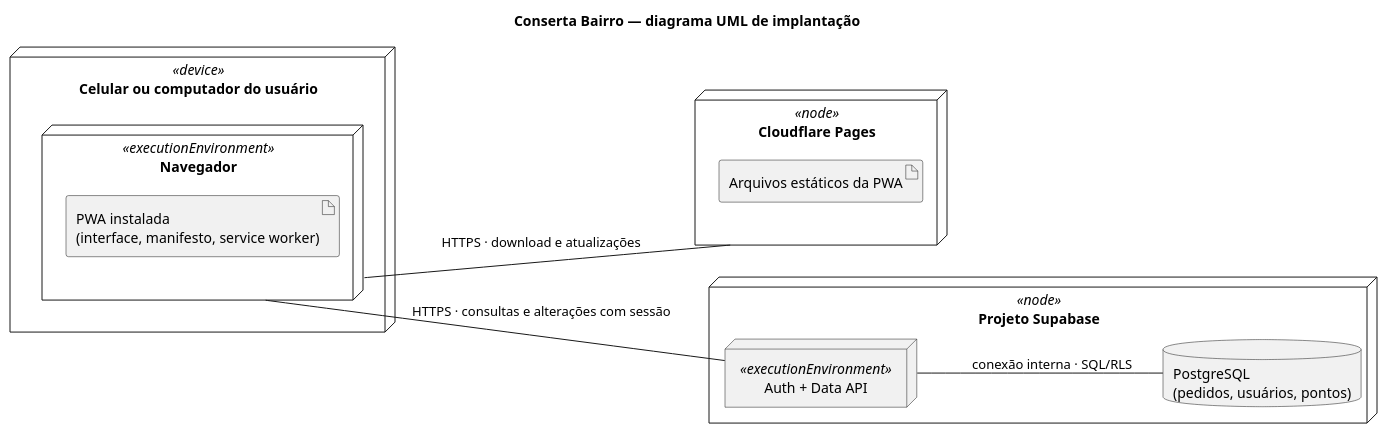
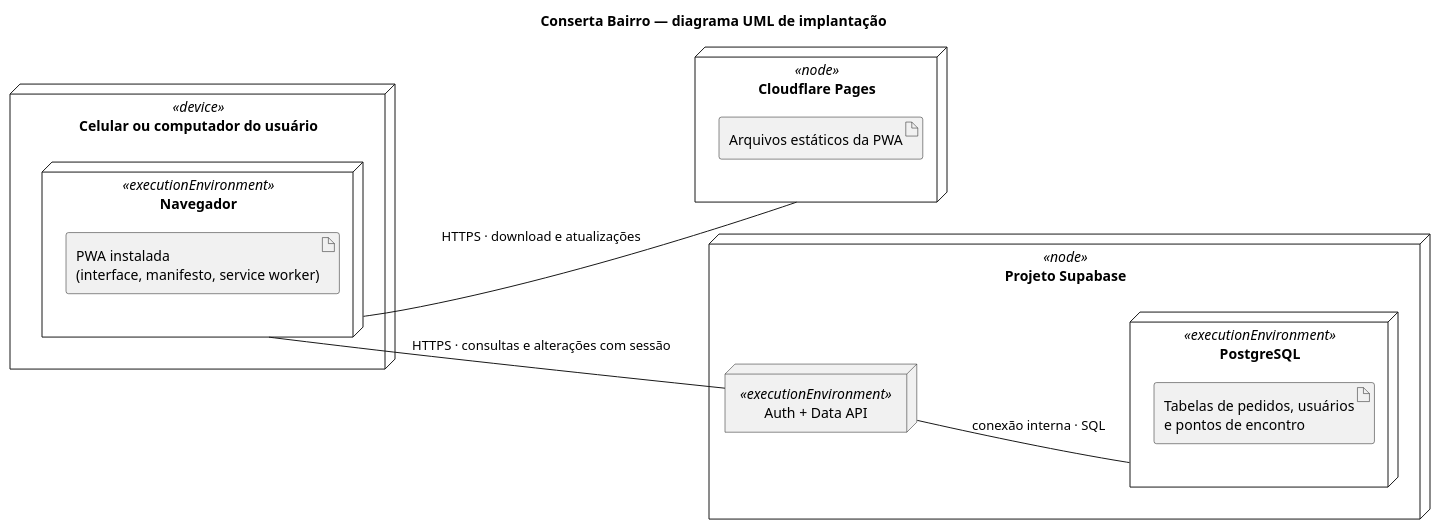
The diagram in docs/diagrama-implantacao.puml (akaharo/praticas-extensionistas-iv), drawn with PlantUML before and after one commit. The commit also changed 9 other files, not shown here.

Commit message:
Revisa diagramas e texto da entrega

```diff
--- a/docs/diagrama-implantacao.puml
+++ b/docs/diagrama-implantacao.puml
@@ -1,24 +1,26 @@
 @startuml
 title Conserta Bairro — diagrama UML de implantação
 skinparam shadowing false
 left to right direction
 
 node "Celular ou computador do usuário" <<device>> as device {
   node "Navegador" <<executionEnvironment>> as browser {
     artifact "PWA instalada\n(interface, manifesto, service worker)" as pwa
   }
 }
 
 node "Cloudflare Pages" <<node>> as pages {
   artifact "Arquivos estáticos da PWA" as static
 }
 
 node "Projeto Supabase" <<node>> as supabase {
   node "Auth + Data API" <<executionEnvironment>> as api
-  database "PostgreSQL\n(pedidos, usuários, pontos)" as db
+  node "PostgreSQL" <<executionEnvironment>> as db {
+    artifact "Tabelas de pedidos, usuários\ne pontos de encontro"
+  }
 }
 
 browser -- pages : HTTPS · download e atualizações
 browser -- api : HTTPS · consultas e alterações com sessão
-api -- db : conexão interna · SQL/RLS
+api -- db : conexão interna · SQL
 @enduml
```
